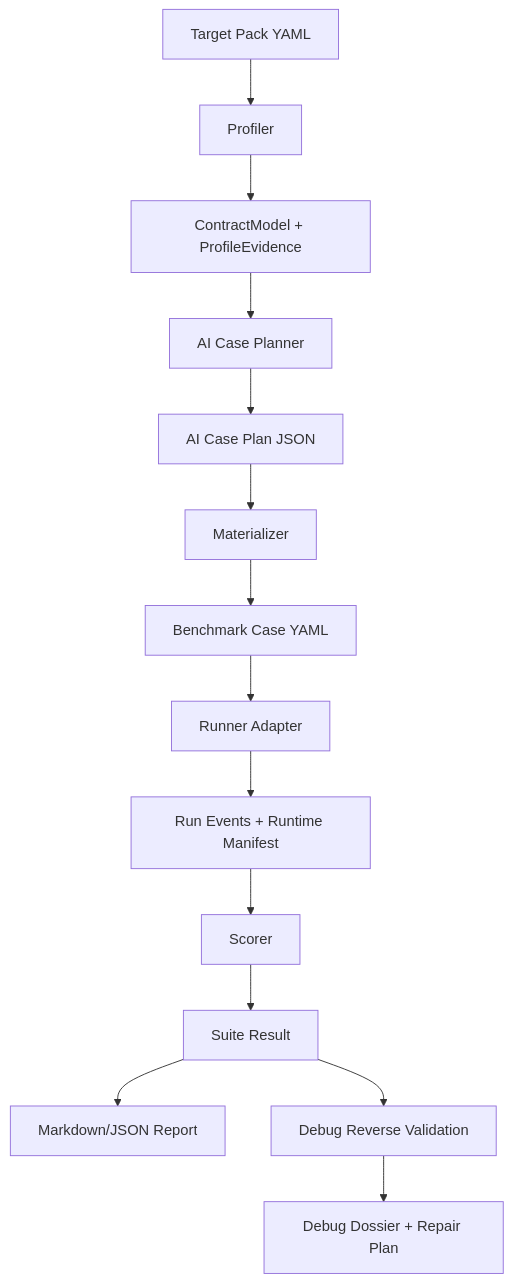
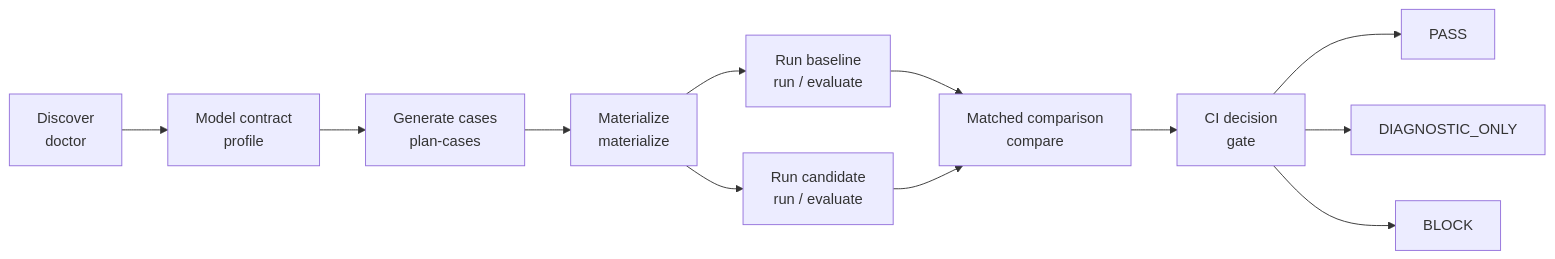
One commit to LAwLi3tCoding/agent-workflow-benchmark changed the first of 2 diagrams in README.md. Above: the diagram before and after it, drawn with Mermaid. The commit also changed other lines of this file and 67 other files, not shown here.

````diff
--- a/README.md
+++ b/README.md
@@ -379,16 +41,14 @@
 ```mermaid
-flowchart TD
-  A["Target Pack YAML"] --> B["Profiler"]
-  B --> C["ContractModel + ProfileEvidence"]
-  C --> D["AI Case Planner"]
-  D --> E["AI Case Plan JSON"]
-  E --> F["Materializer"]
-  F --> G["Benchmark Case YAML"]
-  G --> H["Runner Adapter"]
-  H --> I["Run Events + Runtime Manifest"]
-  I --> J["Scorer"]
-  J --> K["Suite Result"]
-  K --> L["Markdown/JSON Report"]
-  K --> M["Debug Reverse Validation"]
-  M --> N["Debug Dossier + Repair Plan"]
+flowchart LR
+  A["Discover<br/>doctor"] --> B["Model contract<br/>profile"]
+  B --> C["Generate cases<br/>plan-cases"]
+  C --> D["Materialize<br/>materialize"]
+  D --> E["Run baseline<br/>run / evaluate"]
+  D --> F["Run candidate<br/>run / evaluate"]
+  E --> G["Matched comparison<br/>compare"]
+  F --> G
+  G --> H["CI decision<br/>gate"]
+  H --> I["PASS"]
+  H --> J["DIAGNOSTIC_ONLY"]
+  H --> K["BLOCK"]
 ```
````
